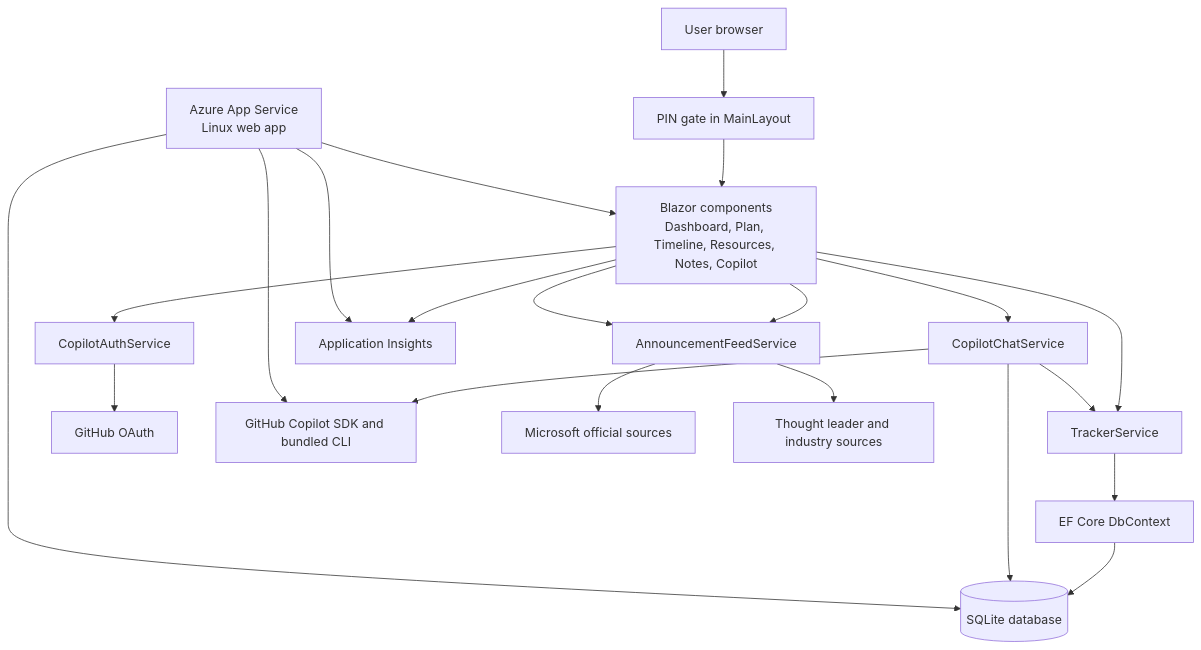
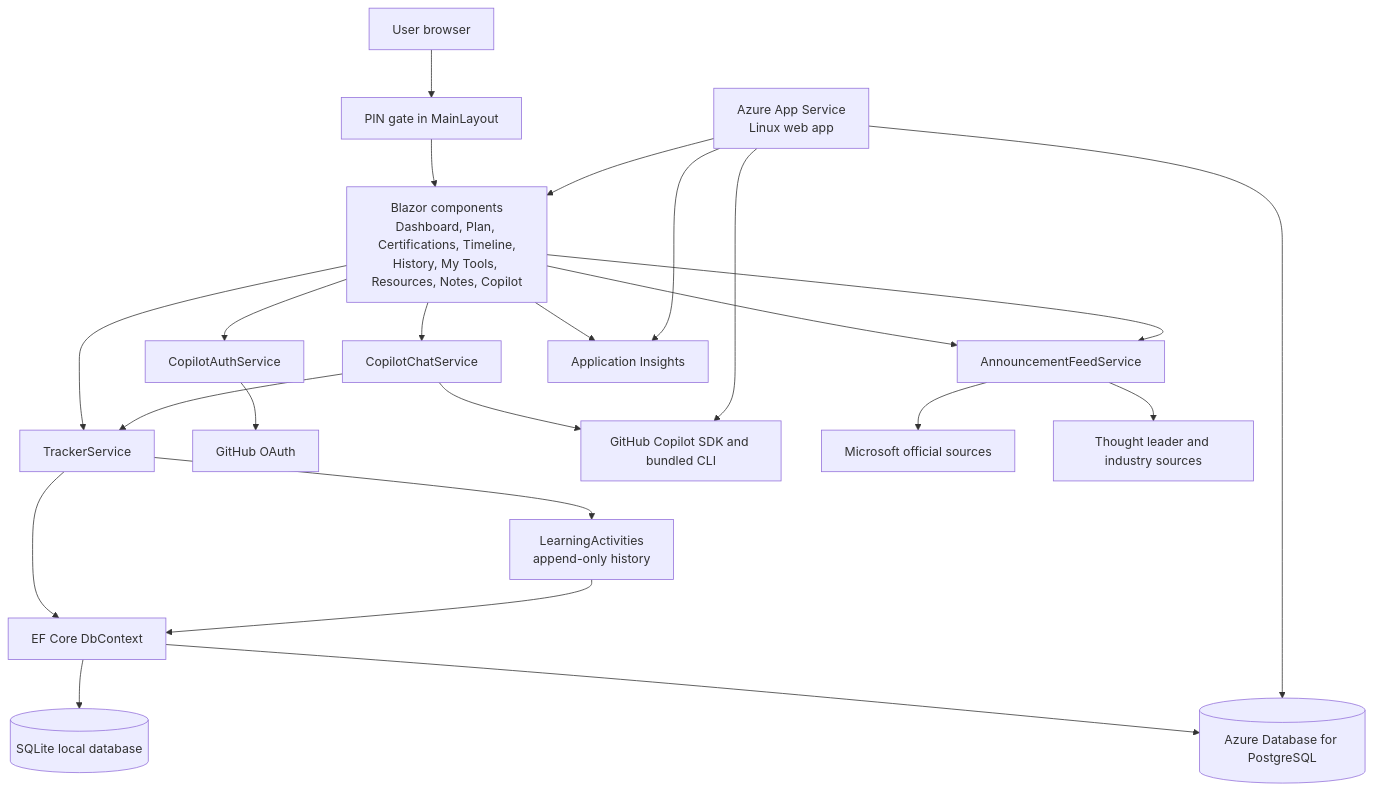
Before and after one commit to haslam93/PersonalizedLearningApp: the first of 2 diagrams in arch.md, drawn with Mermaid. The commit also changed other lines of this file and 26 other files, not shown here.

First line of the commit message:
feat: add actionable learning history

````diff
--- a/arch.md
+++ b/arch.md
@@ -21,32 +21,36 @@
 ```mermaid
 flowchart TB
     User[User browser]
     Pin[PIN gate in MainLayout]
-  UI[Blazor components\nDashboard, Plan, Timeline, Resources, Notes, Copilot]
+  UI[Blazor components\nDashboard, Plan, Certifications, Timeline,\nHistory, My Tools, Resources, Notes, Copilot]
   Tracker[TrackerService]
+  Activity[LearningActivities\nappend-only history]
   Feed[AnnouncementFeedService]
   Auth[CopilotAuthService]
   Chat[CopilotChatService]
   GitHubOAuth[GitHub OAuth]
   CopilotSdk[GitHub Copilot SDK and bundled CLI]
     Data[EF Core DbContext]
-    Sqlite[(SQLite database)]
+    Sqlite[(SQLite local database)]
+    Postgres[(Azure Database for PostgreSQL)]
     AppInsights[Application Insights]
   MicrosoftNews[Microsoft official sources]
   IndustryNews[Thought leader and industry sources]
   AppService[Azure App Service\nLinux web app]
 
     User --> Pin --> UI
-  UI --> Tracker --> Data --> Sqlite
+  UI --> Tracker --> Data
+  Data --> Sqlite
+  Data --> Postgres
+  Tracker --> Activity --> Data
   UI --> Feed --> MicrosoftNews
   UI --> Feed --> IndustryNews
   UI --> Auth --> GitHubOAuth
   UI --> Chat --> CopilotSdk
   Chat --> Tracker
-  Chat --> Sqlite
     UI --> AppInsights
     AppService --> UI
-    AppService --> Sqlite
+    AppService --> Postgres
     AppService --> AppInsights
   AppService --> CopilotSdk
 ```
````
